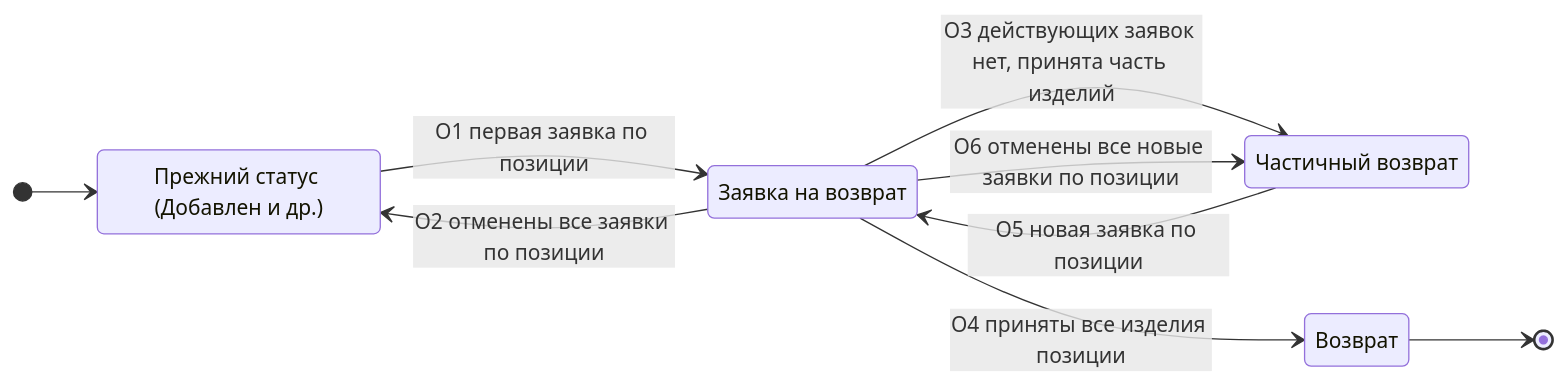
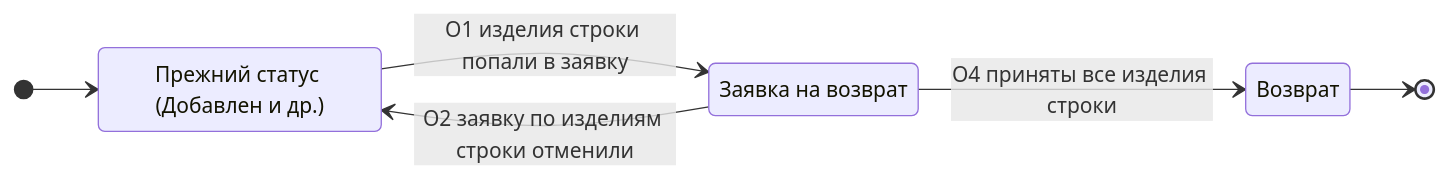
Before and after one commit to Terinss155/opencode-agents-analysis: the third of 3 diagrams in projects/returns-2.0/requirements/diagrams/state/return-status-v4_state.md, drawn with Mermaid. The commit also changed other lines of this file and 565 other files, not shown here.

````diff
--- a/projects/returns-2.0/requirements/diagrams/state/return-status-v4_state.md
+++ b/projects/returns-2.0/requirements/diagrams/state/return-status-v4_state.md
@@ -281,18 +281,14 @@
 ```mermaid
 stateDiagram-v2
     direction LR
 
     state "Прежний статус (Добавлен и др.)" as Sold
     state "Заявка на возврат" as Requested
-    state "Частичный возврат" as Partial
     state "Возврат" as Returned
 
     [*] --> Sold
-    Sold --> Requested : O1 первая заявка по позиции
-    Requested --> Sold : O2 отменены все заявки по позиции
-    Requested --> Partial : O3 действующих заявок нет, принята часть изделий
-    Requested --> Returned : O4 приняты все изделия позиции
-    Partial --> Requested : O5 новая заявка по позиции
-    Requested --> Partial : O6 отменены все новые заявки по позиции
+    Sold --> Requested : O1 изделия строки попали в заявку
+    Requested --> Sold : O2 заявку по изделиям строки отменили
+    Requested --> Returned : O4 приняты все изделия строки
     Returned --> [*]
 ```
````
